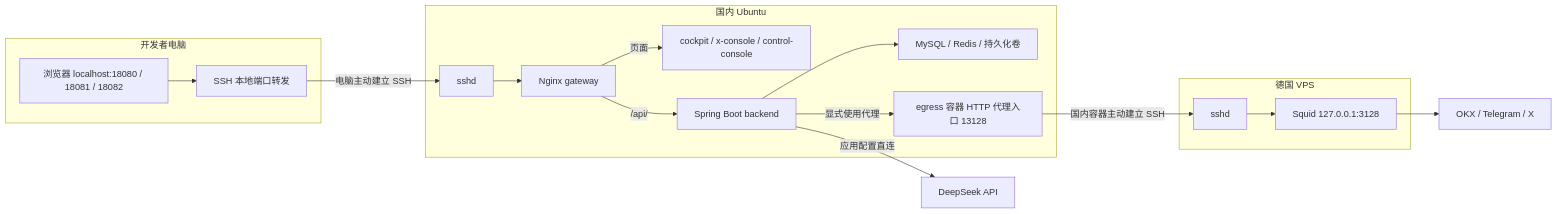
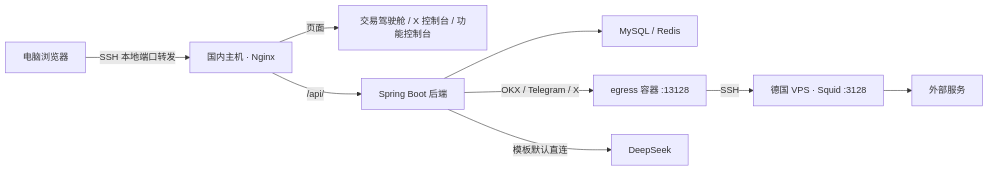
Before and after one commit to tiancia/trade: the diagram in docs/PROJECT_GUIDE.md, drawn with Mermaid. The commit also changed other lines of this file and 61 other files, not shown here.

````diff
--- a/docs/PROJECT_GUIDE.md
+++ b/docs/PROJECT_GUIDE.md
@@ -21,30 +9,11 @@
 ```mermaid
 flowchart LR
-    subgraph PC[开发者电脑]
-        Browser[浏览器 localhost:18080 / 18081 / 18082]
-        LocalSSH[SSH 本地端口转发]
-        Browser --> LocalSSH
-    end
-    subgraph CN[国内 Ubuntu]
-        CNSSH[sshd]
-        Gateway[Nginx gateway]
-        Frontends[cockpit / x-console / control-console]
-        Backend[Spring Boot backend]
-        Data[MySQL / Redis / 持久化卷]
-        Egress[egress 容器 HTTP 代理入口 13128]
-        CNSSH --> Gateway
-        Gateway -->|页面| Frontends
-        Gateway -->|/api/| Backend
-        Backend --> Data
-        Backend -->|显式使用代理| Egress
-    end
-    subgraph DE[德国 VPS]
-        DESSH[sshd]
-        Squid[Squid 127.0.0.1:3128]
-        DESSH --> Squid
-    end
-    LocalSSH -->|电脑主动建立 SSH| CNSSH
-    Egress -->|国内容器主动建立 SSH| DESSH
-    Squid --> External[OKX / Telegram / X]
-    Backend -->|应用配置直连| DeepSeek[DeepSeek API]
+    Browser["电脑浏览器"] -->|SSH 本地端口转发| Gateway["国内主机 · Nginx"]
+    Gateway -->|页面| UI["交易驾驶舱 / X 控制台 / 功能控制台"]
+    Gateway -->|/api/| Backend["Spring Boot 后端"]
+    Backend --> DB["MySQL / Redis"]
+    Backend -->|OKX / Telegram / X| Egress["egress 容器 :13128"]
+    Egress -->|SSH| Squid["德国 VPS · Squid :3128"]
+    Squid --> External["外部服务"]
+    Backend -->|模板默认直连| AI["DeepSeek"]
 ```
````
